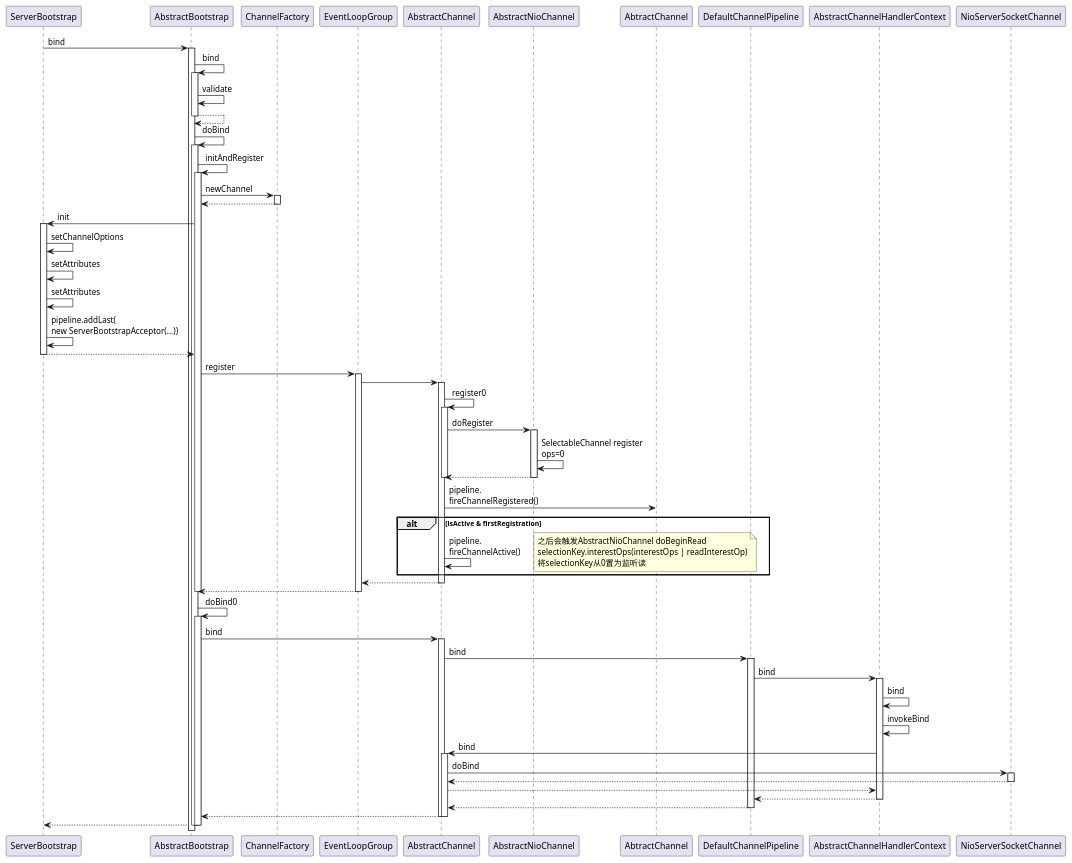
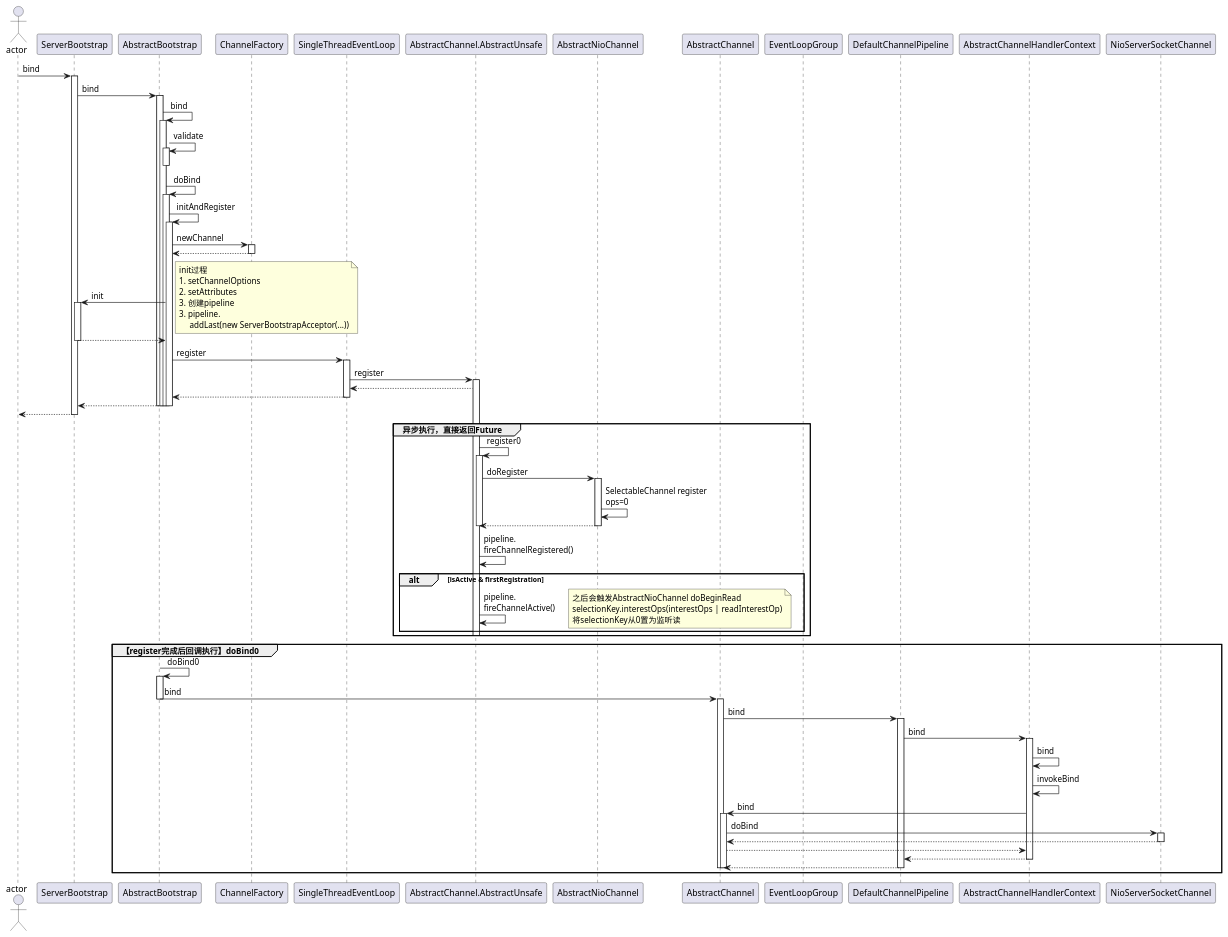
One commit to icankeep/netty-http-server-demo changed the diagram in docs/ServerBootstrap bind流程.puml. Above: the diagram before and after it, drawn with PlantUML. The commit also changed 3 other files, not shown here.

Commit message:
update sequence diagram

```diff
--- a/docs/ServerBootstrap bind流程.puml
+++ b/docs/ServerBootstrap bind流程.puml
@@ -1,78 +1,100 @@
 @startuml
-participant ServerBootstrap
+Actor actor
+actor -> ServerBootstrap: bind
+activate ServerBootstrap
 ServerBootstrap -> AbstractBootstrap : bind
 activate AbstractBootstrap
 AbstractBootstrap -> AbstractBootstrap : bind
 activate AbstractBootstrap
 AbstractBootstrap -> AbstractBootstrap : validate
-AbstractBootstrap --> AbstractBootstrap
+activate AbstractBootstrap
 deactivate AbstractBootstrap
 AbstractBootstrap -> AbstractBootstrap : doBind
 activate AbstractBootstrap
 AbstractBootstrap -> AbstractBootstrap : initAndRegister
 activate AbstractBootstrap
 AbstractBootstrap -> ChannelFactory : newChannel
 activate ChannelFactory
 ChannelFactory --> AbstractBootstrap
 deactivate ChannelFactory
 AbstractBootstrap -> ServerBootstrap : init
 activate ServerBootstrap
-ServerBootstrap -> ServerBootstrap: setChannelOptions
-ServerBootstrap -> ServerBootstrap: setAttributes
-ServerBootstrap -> ServerBootstrap: setAttributes
-ServerBootstrap -> ServerBootstrap: pipeline.addLast(\nnew ServerBootstrapAcceptor(...))
+    note right
+        init过程
+        1. setChannelOptions
+        2. setAttributes
+        3. 创建pipeline
+        3. pipeline.
+             addLast(new ServerBootstrapAcceptor(...))
+    end note
 ServerBootstrap --> AbstractBootstrap
 deactivate ServerBootstrap
-AbstractBootstrap -> EventLoopGroup: register
-activate EventLoopGroup
-EventLoopGroup -> AbstractChannel
-activate AbstractChannel
-AbstractChannel -> AbstractChannel: register0
-activate AbstractChannel
-AbstractChannel -> AbstractNioChannel: doRegister
-activate AbstractNioChannel
-AbstractNioChannel -> AbstractNioChannel: SelectableChannel register\nops=0
-AbstractNioChannel --> AbstractChannel
-deactivate AbstractChannel
-deactivate AbstractNioChannel
-AbstractChannel -> AbtractChannel: pipeline.\nfireChannelRegistered()
-alt isActive & firstRegistration
-    AbstractChannel -> AbstractChannel: pipeline.\nfireChannelActive()
-    note right
-        之后会触发AbstractNioChannel doBeginRead
-        selectionKey.interestOps(interestOps | readInterestOp)
-        将selectionKey从0置为监听读
-    end note
-end
-return
-return
-deactivate AbstractChannel
-deactivate EventLoopGroup
-deactivate AbstractBootstrap
-AbstractBootstrap -> AbstractBootstrap : doBind0
-activate AbstractBootstrap
-AbstractBootstrap -> AbstractChannel: bind
-activate AbstractChannel
-AbstractChannel -> DefaultChannelPipeline: bind
-activate DefaultChannelPipeline
-DefaultChannelPipeline -> AbstractChannelHandlerContext: bind
-activate AbstractChannelHandlerContext
-AbstractChannelHandlerContext -> AbstractChannelHandlerContext: bind
-AbstractChannelHandlerContext -> AbstractChannelHandlerContext: invokeBind
-AbstractChannelHandlerContext -> AbstractChannel: bind
-activate AbstractChannel
-AbstractChannel -> NioServerSocketChannel: doBind
-activate NioServerSocketChannel
-NioServerSocketChannel --> AbstractChannel
-deactivate NioServerSocketChannel
-AbstractChannel --> AbstractChannelHandlerContext
-AbstractChannelHandlerContext --> DefaultChannelPipeline
-deactivate AbstractChannelHandlerContext
-DefaultChannelPipeline --> AbstractChannel
-deactivate DefaultChannelPipeline
-AbstractChannel --> AbstractBootstrap
-deactivate AbstractChannel
+
+AbstractBootstrap -> SingleThreadEventLoop: register
+activate SingleThreadEventLoop
+SingleThreadEventLoop -> AbstractChannel.AbstractUnsafe: register
+activate AbstractChannel.AbstractUnsafe
+AbstractChannel.AbstractUnsafe --> SingleThreadEventLoop
+SingleThreadEventLoop --> AbstractBootstrap
+deactivate SingleThreadEventLoop
 AbstractBootstrap --> ServerBootstrap
 deactivate AbstractBootstrap
 deactivate AbstractBootstrap
+deactivate AbstractBootstrap
+deactivate AbstractBootstrap
+ServerBootstrap --> actor
+deactivate ServerBootstrap
+
+
+
+    group 异步执行，直接返回Future
+
+        AbstractChannel.AbstractUnsafe -> AbstractChannel.AbstractUnsafe: register0
+        activate AbstractChannel.AbstractUnsafe
+        AbstractChannel.AbstractUnsafe -> AbstractNioChannel: doRegister
+        activate AbstractNioChannel
+        AbstractNioChannel -> AbstractNioChannel: SelectableChannel register\nops=0
+        AbstractNioChannel --> AbstractChannel.AbstractUnsafe
+        deactivate AbstractChannel.AbstractUnsafe
+        deactivate AbstractNioChannel
+        AbstractChannel.AbstractUnsafe -> AbstractChannel.AbstractUnsafe: pipeline.\nfireChannelRegistered()
+        alt isActive & firstRegistration
+            AbstractChannel.AbstractUnsafe -> AbstractChannel.AbstractUnsafe: pipeline.\nfireChannelActive()
+            note right
+                之后会触发AbstractNioChannel doBeginRead
+                selectionKey.interestOps(interestOps | readInterestOp)
+                将selectionKey从0置为监听读
+            end note
+        end
+        deactivate AbstractChannel.AbstractUnsafe
+        deactivate AbstractChannel
+        deactivate EventLoopGroup
+        deactivate AbstractBootstrap
+    end
+
+group 【register完成后回调执行】doBind0
+    AbstractBootstrap -> AbstractBootstrap : doBind0
+    activate AbstractBootstrap
+    AbstractBootstrap -> AbstractChannel: bind
+    deactivate AbstractBootstrap
+    activate AbstractChannel
+    AbstractChannel -> DefaultChannelPipeline: bind
+    activate DefaultChannelPipeline
+    DefaultChannelPipeline -> AbstractChannelHandlerContext: bind
+    activate AbstractChannelHandlerContext
+    AbstractChannelHandlerContext -> AbstractChannelHandlerContext: bind
+    AbstractChannelHandlerContext -> AbstractChannelHandlerContext: invokeBind
+    AbstractChannelHandlerContext -> AbstractChannel: bind
+    activate AbstractChannel
+    AbstractChannel -> NioServerSocketChannel: doBind
+    activate NioServerSocketChannel
+    NioServerSocketChannel --> AbstractChannel
+    deactivate NioServerSocketChannel
+    AbstractChannel --> AbstractChannelHandlerContext
+    AbstractChannelHandlerContext --> DefaultChannelPipeline
+    deactivate AbstractChannelHandlerContext
+    DefaultChannelPipeline --> AbstractChannel
+    deactivate DefaultChannelPipeline
+    deactivate AbstractChannel
+end
 @enduml
```
